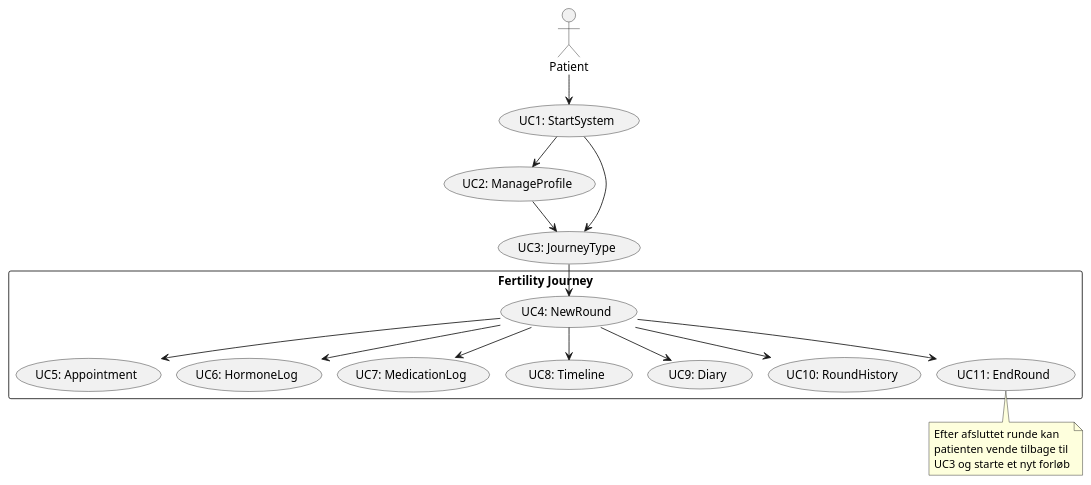
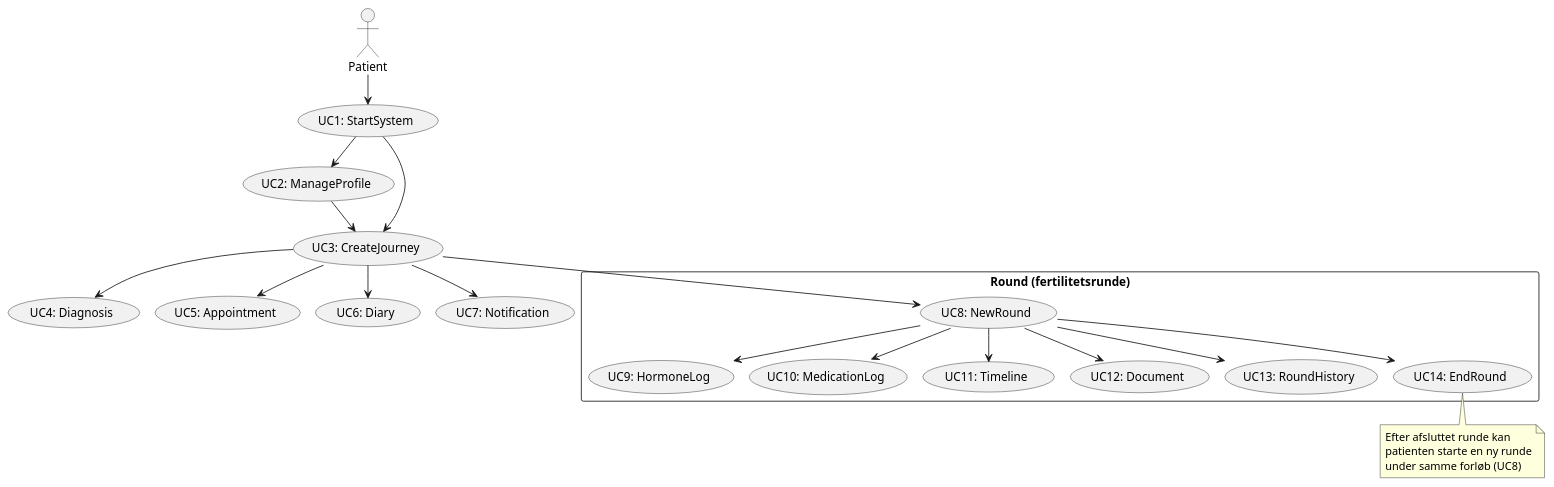
Before and after one commit to BesimaP/PET-2.semester-Simpl: the diagram in doc/dynamic/usecase.puml, drawn with PlantUML. The commit also changed 3 other files, not shown here.

Commit message:
mermaid opdateret

```diff
--- a/doc/dynamic/usecase.puml
+++ b/doc/dynamic/usecase.puml
@@ -1,41 +1,47 @@
 @startuml
 !pragma layout smetana
 
 actor "Patient" as u
 
 usecase "UC1: StartSystem" as UC1
 usecase "UC2: ManageProfile" as UC2
-usecase "UC3: JourneyType" as UC3
+usecase "UC3: CreateJourney" as UC3
+usecase "UC4: Diagnosis" as UC4
+usecase "UC5: Appointment" as UC5
+usecase "UC6: Diary" as UC6
+usecase "UC7: Notification" as UC7
 
-rectangle "Fertility Journey" {
-  usecase "UC4: NewRound" as UC4
-  usecase "UC5: Appointment" as UC5
-  usecase "UC6: HormoneLog" as UC6
-  usecase "UC7: MedicationLog" as UC7
-  usecase "UC8: Timeline" as UC8
-  usecase "UC9: Diary" as UC9
-  usecase "UC10: RoundHistory" as UC10
-  usecase "UC11: EndRound" as UC11
+rectangle "Round (fertilitetsrunde)" {
+  usecase "UC8: NewRound" as UC8
+  usecase "UC9: HormoneLog" as UC9
+  usecase "UC10: MedicationLog" as UC10
+  usecase "UC11: Timeline" as UC11
+  usecase "UC12: Document" as UC12
+  usecase "UC13: RoundHistory" as UC13
+  usecase "UC14: EndRound" as UC14
 }
 
 u --> UC1
 
 UC1 --> UC2
 UC1 --> UC3
 UC2 --> UC3
 UC3 --> UC4
-UC4 --> UC5
-UC4 --> UC6
-UC4 --> UC7
-UC4 --> UC8
-UC4 --> UC9
-UC4 --> UC10
-UC4 --> UC11
+UC3 --> UC5
+UC3 --> UC6
+UC3 --> UC7
+UC3 --> UC8
+UC8 --> UC9
+UC8 --> UC10
+UC8 --> UC11
+UC8 --> UC12
+UC8 --> UC13
+UC8 --> UC14
 
-note bottom of UC11
+note bottom of UC14
   Efter afsluttet runde kan
-  patienten vende tilbage til
-  UC3 og starte et nyt forløb
+  patienten starte en ny runde
+  under samme forløb (UC8)
 end note
 
 @enduml
```
